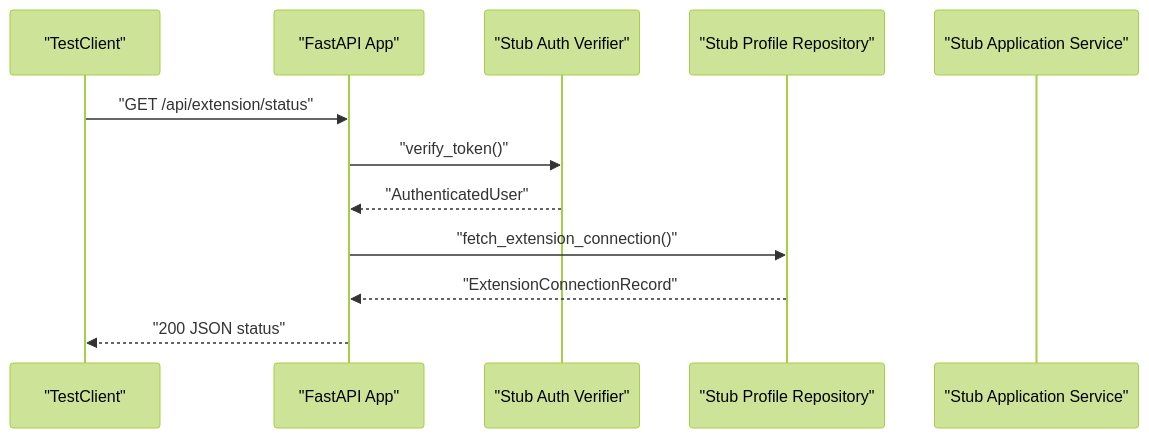
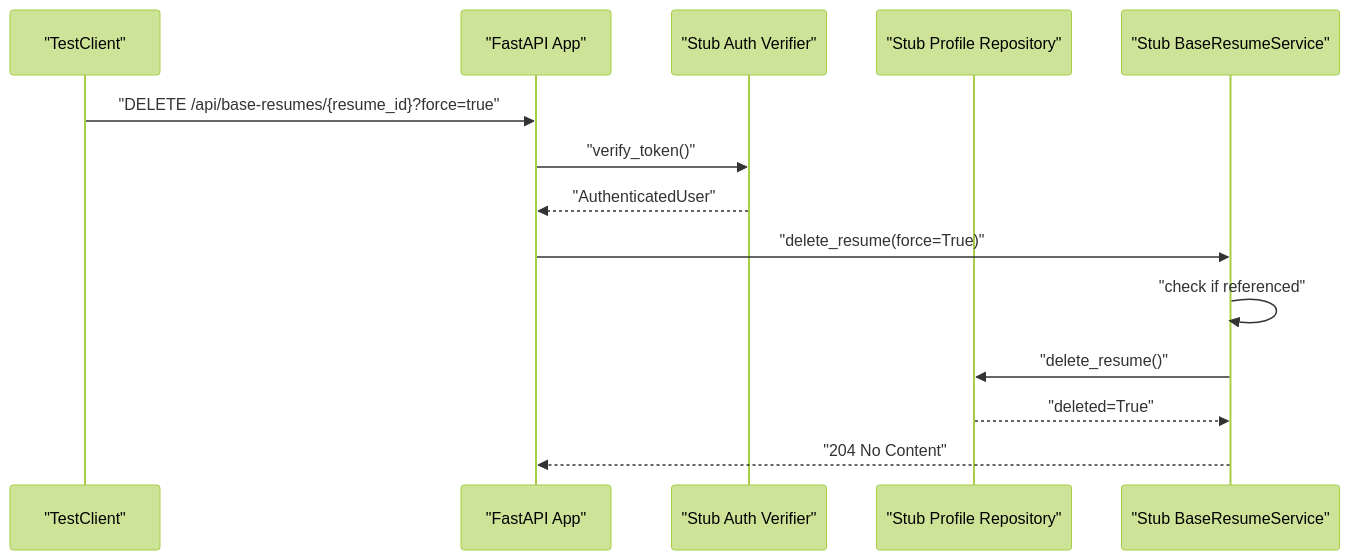
One commit to sankaL/resume-app changed the fourth of 7 diagrams in .qoder/repowiki/en/content/Testing Strategy/Testing Strategy.md. Above: the diagram before and after it, drawn with Mermaid (forest theme). The commit also changed other lines of this file and 12 other files, not shown here.

````diff
--- a/.qoder/repowiki/en/content/Testing Strategy/Testing Strategy.md
+++ b/.qoder/repowiki/en/content/Testing Strategy/Testing Strategy.md
@@ -294,14 +319,16 @@
 ```mermaid
 sequenceDiagram
 participant TC as "TestClient"
 participant APP as "FastAPI App"
 participant AUTH as "Stub Auth Verifier"
 participant REPO as "Stub Profile Repository"
-participant SVC as "Stub Application Service"
-TC->>APP : "GET /api/extension/status"
+participant SVC as "Stub BaseResumeService"
+TC->>APP : "DELETE /api/base-resumes/{resume_id}?force=true"
 APP->>AUTH : "verify_token()"
 AUTH-->>APP : "AuthenticatedUser"
-APP->>REPO : "fetch_extension_connection()"
-REPO-->>APP : "ExtensionConnectionRecord"
-APP-->>TC : "200 JSON status"
+APP->>SVC : "delete_resume(force=True)"
+SVC->>SVC : "check if referenced"
+SVC->>REPO : "delete_resume()"
+REPO-->>SVC : "deleted=True"
+SVC-->>APP : "204 No Content"
 ```
````
